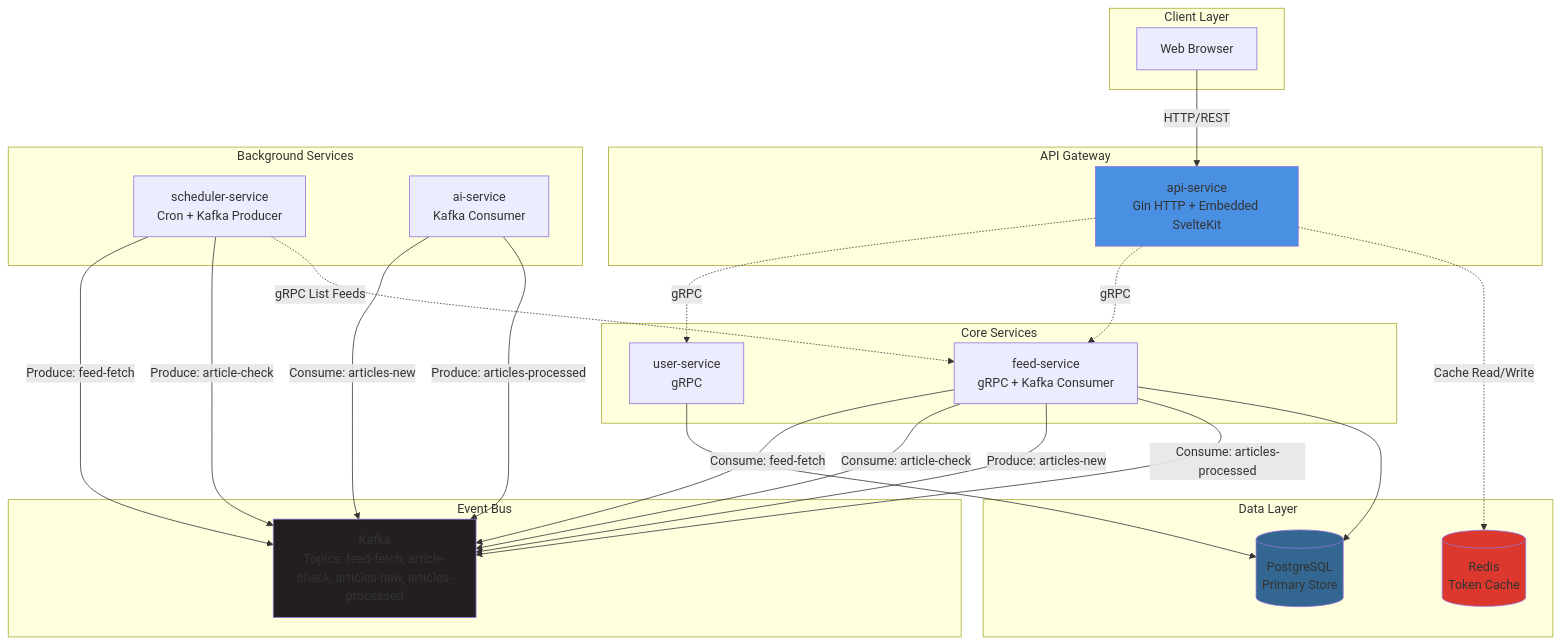
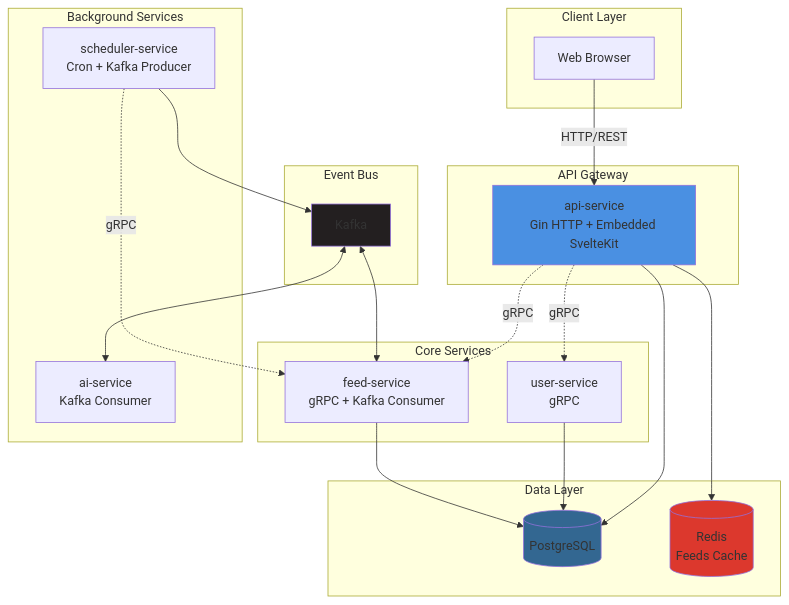
The diagram in README-zh.md (Fancu1/phoenix-rss), drawn with Mermaid before and after one commit. The commit also changed other lines of this file and 1 other file, not shown here.

````diff
--- a/README-zh.md
+++ b/README-zh.md
@@ -33,53 +21,49 @@
 ```mermaid
 graph TB
     subgraph "Client Layer"
         WEB[Web Browser]
     end
 
     subgraph "API Gateway"
         API[api-service<br/>Gin HTTP + Embedded SvelteKit]
     end
 
     subgraph "Core Services"
         USER[user-service<br/>gRPC]
         FEED[feed-service<br/>gRPC + Kafka Consumer]
     end
 
     subgraph "Background Services"
         SCHED[scheduler-service<br/>Cron + Kafka Producer]
         AI[ai-service<br/>Kafka Consumer]
     end
 
     subgraph "Data Layer"
-        PG[(PostgreSQL<br/>Primary Store)]
-        REDIS[(Redis<br/>Token Cache)]
+        PG[(PostgreSQL)]
+        REDIS[(Redis<br/>Feeds Cache)]
     end
 
     subgraph "Event Bus"
-        KAFKA[Kafka<br/>Topics: feed-fetch, article-check, articles-new, articles-processed]
+        KAFKA[Kafka]
     end
 
     WEB -->|HTTP/REST| API
     API -.->|gRPC| USER
     API -.->|gRPC| FEED
-    API -.->|Cache Read/Write| REDIS
+    API --> REDIS
+    API --> PG
     
-    SCHED -->|Produce: feed-fetch| KAFKA
-    SCHED -->|Produce: article-check| KAFKA
-    FEED -->|Consume: feed-fetch| KAFKA
-    FEED -->|Consume: article-check| KAFKA
-    FEED -->|Produce: articles-new| KAFKA
-    AI -->|Consume: articles-new| KAFKA
-    AI -->|Produce: articles-processed| KAFKA
-    FEED -->|Consume: articles-processed| KAFKA
+    SCHED --> KAFKA
+    KAFKA <--> FEED
+    KAFKA <--> AI
     
     USER --> PG
     FEED --> PG
     
-    SCHED -.->|gRPC List Feeds| FEED
+    SCHED -.->|gRPC| FEED
 
     style API fill:#4A90E2
     style KAFKA fill:#231F20
     style PG fill:#336791
     style REDIS fill:#DC382D
 ```
````
